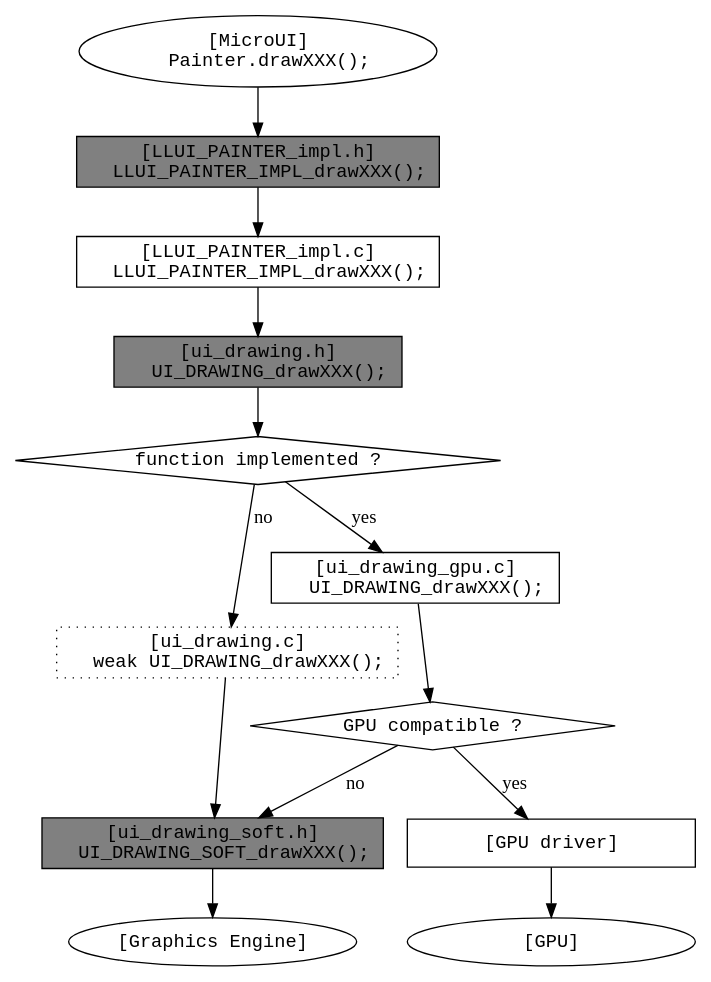
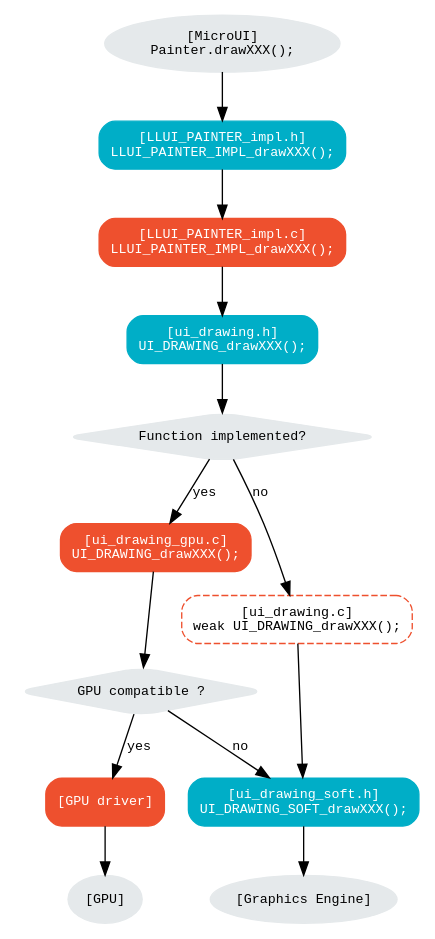
One commit to MicroEJ/docs changed the second of 4 diagrams in VEEPortingGuide/uiDrawings.rst. Above: the diagram before and after it, drawn with Graphviz. The commit also changed other lines of this file, not shown here.

Commit message:
Update graphs in Drawings section.

```diff
--- a/VEEPortingGuide/uiDrawings.rst
+++ b/VEEPortingGuide/uiDrawings.rst
@@ -189,44 +196,52 @@
 .. graphviz::
 
    digraph {
-      ratio="auto"
+      ratio="auto";
       splines="true";
-      node [style=filled fillcolor=white shape=rectangle fontname=monospace fontcolor=black width=3];
-         
+      node [style="filled,rounded" fontname="monospace" fontsize="10"];
+      
+      { //in/out
+         node [shape="ellipse" color="#e5e9eb" fontcolor="black"] mui, UID_soft_c, UID_gpu_hard
+      }
+      { // h
+         node [shape="box" color="#00aec7" fontcolor="white"] LLUI_h, UID_h, UID_soft_h
+      }
+      { // c
+         node [shape="box" color="#ee502e" fontcolor="white"] LLUI_c, UID_gpu_c, UID_gpu_driver
+      }
+      { // weak
+         node [shape="box" style="dashed,rounded" color="#ee502e"] UID_weak_c
+      }
+      { // choice
+         node [shape="diamond" color="#e5e9eb"] UID_cond, UID_gpu_cond
+      }
+
       // --- SIMPLE FLOW ELEMENTS -- //
 
-      mui [label="[MicroUI]
-      Painter.drawXXX();" shape=ellipse] 
-      LLUI_h [label="[LLUI_PAINTER_impl.h]
-      LLUI_PAINTER_IMPL_drawXXX();" fillcolor=gray]
-      LLUI_c [label="[LLUI_PAINTER_impl.c]
-      LLUI_PAINTER_IMPL_drawXXX();"]
-      UID_h [label="[ui_drawing.h]
-      UI_DRAWING_drawXXX();" fillcolor=gray]
-      UID_weak_c [label="[ui_drawing.c]
-      weak UI_DRAWING_drawXXX();" style=dotted]
-      UID_soft_h [label="[ui_drawing_soft.h]
-      UI_DRAWING_SOFT_drawXXX();" fillcolor=gray]
-      UID_soft_c [label="[Graphics Engine]" shape=ellipse]
+      mui [label="[MicroUI]\nPainter.drawXXX();"] 
+      LLUI_h [label="[LLUI_PAINTER_impl.h]\nLLUI_PAINTER_IMPL_drawXXX();"]
+      LLUI_c [label="[LLUI_PAINTER_impl.c]\nLLUI_PAINTER_IMPL_drawXXX();"]
+      UID_h [label="[ui_drawing.h]\nUI_DRAWING_drawXXX();"]
+      UID_weak_c [label="[ui_drawing.c]\nweak UI_DRAWING_drawXXX();"]
+      UID_soft_h [label="[ui_drawing_soft.h]\nUI_DRAWING_SOFT_drawXXX();"]
+      UID_soft_c [label="[Graphics Engine]"]
 
       // --- GPU FLOW ELEMENTS -- //
 
-      UID_cond [label="function implemented ?" shape=diamond]
-      UID_gpu_c [label="[ui_drawing_gpu.c]
-      UI_DRAWING_drawXXX();"]
-      UID_gpu_cond [label="GPU compatible ?" shape=diamond]
+      UID_cond [label="Function implemented?"]
+      UID_gpu_c [label="[ui_drawing_gpu.c]\nUI_DRAWING_drawXXX();"]
+      UID_gpu_cond [label="GPU compatible ?"]
       UID_gpu_driver [label="[GPU driver]"]
-      UID_gpu_hard [label="[GPU]" shape=ellipse]
+      UID_gpu_hard [label="[GPU]"]
 
       // --- FLOW -- //
 
       mui->LLUI_h->LLUI_c->UID_h->UID_cond
-      UID_cond->UID_weak_c [label="no"]
+      UID_cond->UID_weak_c [label="no" fontname="monospace" fontsize="10"]
       UID_weak_c->UID_soft_h->UID_soft_c
-      UID_cond->UID_gpu_c [label="yes"]
+      UID_cond->UID_gpu_c [label="yes" fontname="monospace" fontsize="10"]
       UID_gpu_c->UID_gpu_cond
-      UID_gpu_cond->UID_gpu_driver [label="yes"]
+      UID_gpu_cond->UID_gpu_driver [label="yes" fontname="monospace" fontsize="10"]
       UID_gpu_driver->UID_gpu_hard
-      UID_gpu_cond->UID_soft_h [label="no"]
-
+      UID_gpu_cond->UID_soft_h [label="no" fontname="monospace" fontsize="10"]
    }
```
